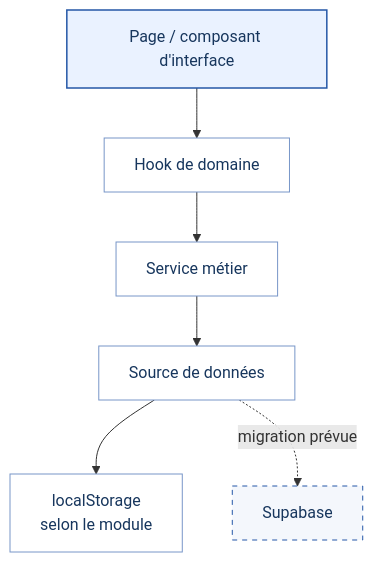
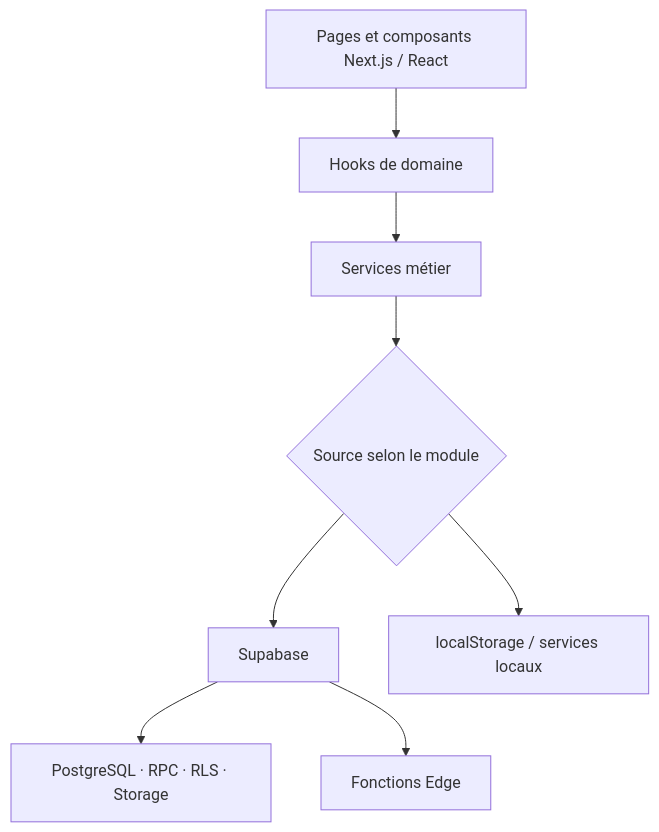
Before and after one commit to darlyblake/Syst-me-Administratif-Scolaire: the diagram in README.md, drawn with Mermaid. The commit also changed other lines of this file, not shown here.

Commit message:
docs: actualiser architecture et etat Supabase

````diff
--- a/README.md
+++ b/README.md
@@ -42,14 +39,10 @@
 ```mermaid
 flowchart TD
-    A["Page / composant d'interface"] --> B["Hook de domaine"]
-    B --> C["Service métier"]
-    C --> D["Source de données"]
-    D --> E["localStorage<br/>selon le module"]
-    D -. "migration prévue" .-> F["Supabase"]
-    classDef ui fill:#EAF2FF,stroke:#2457A7,color:#17365D,stroke-width:1.5px
-    classDef layer fill:#FFFFFF,stroke:#7896C8,color:#17365D
-    classDef future fill:#F4F7FC,stroke:#2457A7,color:#17365D,stroke-dasharray:5 5
-    class A ui
-    class B,C,D,E layer
-    class F future
+    A["Pages et composants Next.js / React"] --> B["Hooks de domaine"]
+    B --> C["Services métier"]
+    C --> D{"Source selon le module"}
+    D --> E["Supabase"]
+    D --> F["localStorage / services locaux"]
+    E --> G["PostgreSQL · RPC · RLS · Storage"]
+    E --> H["Fonctions Edge"]
 ```
````
